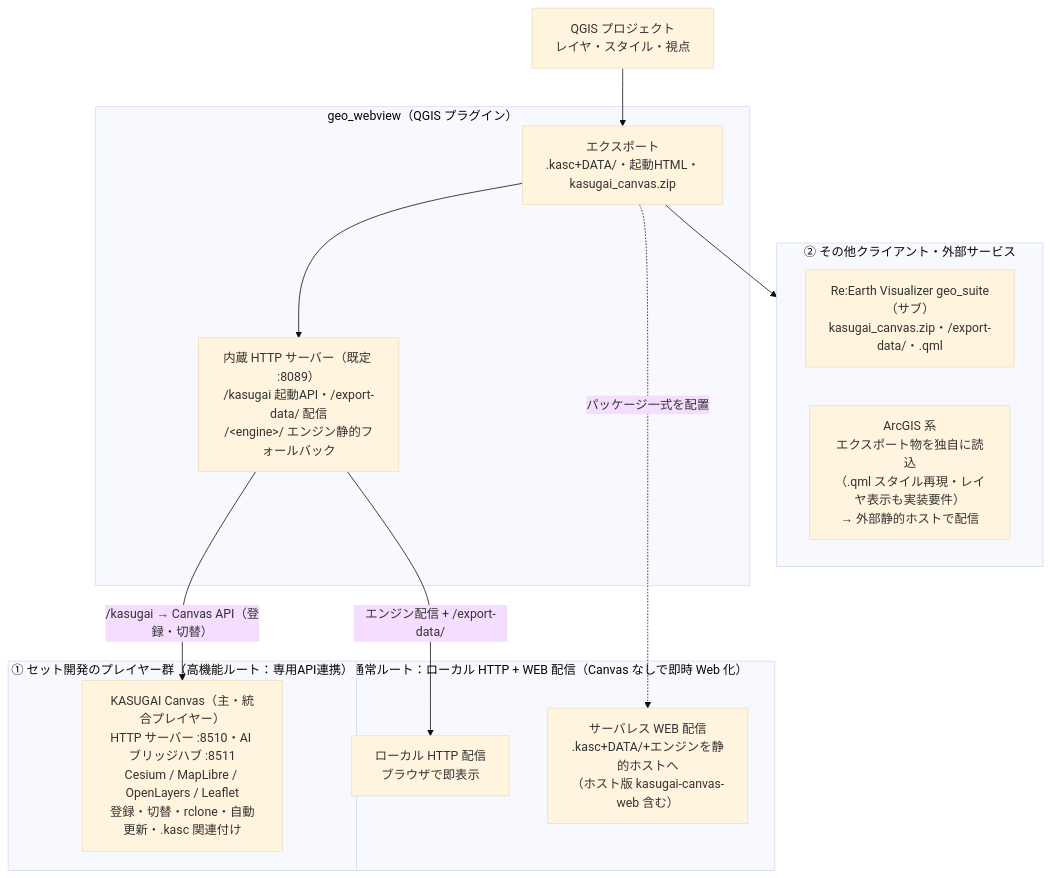
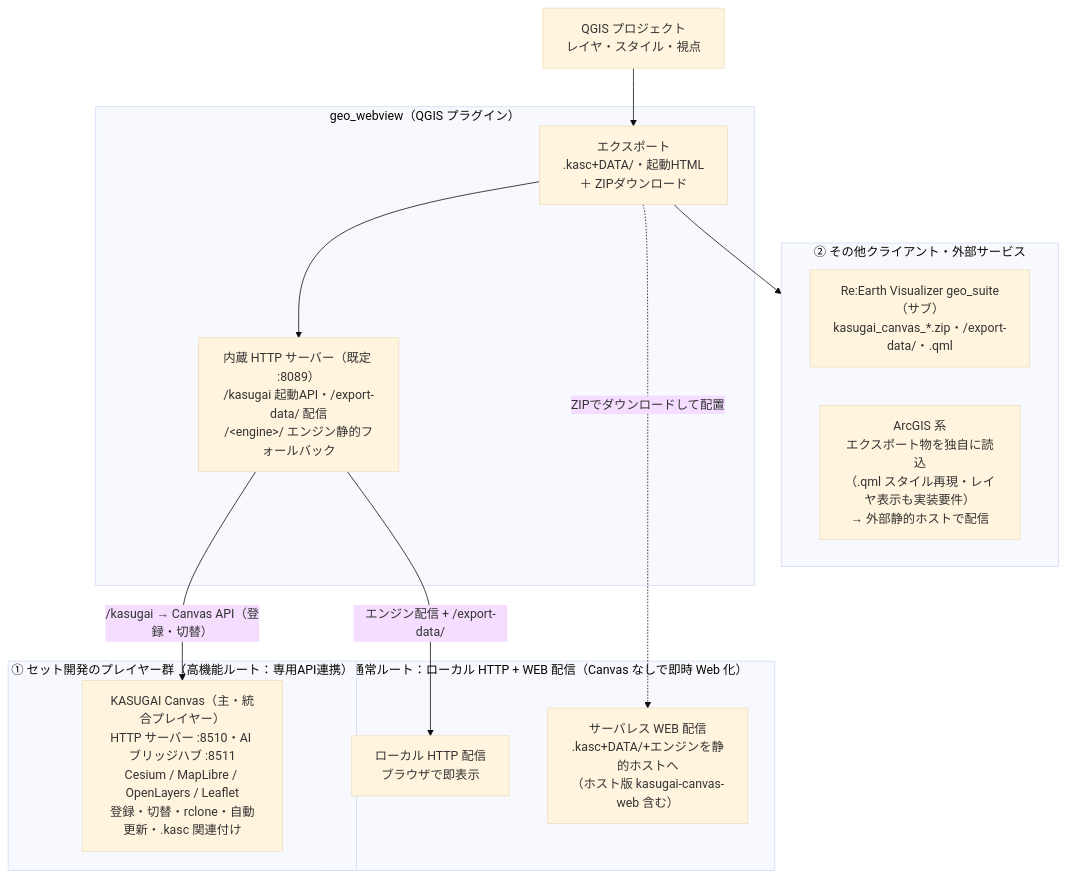
One commit to yamamoto-ryuzo/qgis_live_harness changed the diagram in qgis-plugin/geo_webview/INTEGRATION_JP.md. Above: the diagram before and after it, drawn with Mermaid (base theme). The commit also changed other lines of this file and 42 other files, not shown here.

````diff
--- a/qgis-plugin/geo_webview/INTEGRATION_JP.md
+++ b/qgis-plugin/geo_webview/INTEGRATION_JP.md
@@ -9,30 +9,30 @@
 ```mermaid
 flowchart TB
     QGIS["QGIS プロジェクト<br>レイヤ・スタイル・視点"]
 
     subgraph GWBOX["geo_webview（QGIS プラグイン）"]
-        GW["エクスポート<br>.kasc+DATA/・起動HTML・kasugai_canvas.zip"]
+        GW["エクスポート<br>.kasc+DATA/・起動HTML<br>＋ ZIPダウンロード"]
         SRV["内蔵 HTTP サーバー（既定 :8089）<br>/kasugai 起動API・/export-data/ 配信<br>/&lt;engine&gt;/ エンジン静的フォールバック"]
     end
 
     subgraph G1["① セット開発のプレイヤー群（高機能ルート：専用API連携）"]
         KC["KASUGAI Canvas（主・統合プレイヤー）<br>HTTP サーバー :8510・AI ブリッジハブ :8511<br>Cesium / MapLibre / OpenLayers / Leaflet<br>登録・切替・rclone・自動更新・.kasc 関連付け"]
     end
 
     subgraph NORM["通常ルート：ローカル HTTP + WEB 配信（Canvas なしで即時 Web 化）"]
         BR["ローカル HTTP 配信<br>ブラウザで即表示"]
         HOST["サーバレス WEB 配信<br>.kasc+DATA/+エンジンを静的ホストへ<br>（ホスト版 kasugai-canvas-web 含む）"]
     end
 
     subgraph G2["② その他クライアント・外部サービス"]
-        RE["Re:Earth Visualizer geo_suite（サブ）<br>kasugai_canvas.zip・/export-data/・.qml"]
+        RE["Re:Earth Visualizer geo_suite（サブ）<br>kasugai_canvas_*.zip・/export-data/・.qml"]
         AG["ArcGIS 系<br>エクスポート物を独自に読込<br>（.qml スタイル再現・レイヤ表示も実装要件）<br>→ 外部静的ホストで配信"]
     end
 
     QGIS --> GW
     GW --> SRV
     SRV -->|"/kasugai → Canvas API（登録・切替）"| KC
     SRV -->|"エンジン配信 + /export-data/"| BR
-    GW -.->|"パッケージ一式を配置"| HOST
+    GW -.->|"ZIPでダウンロードして配置"| HOST
     GW --> G2
 ```
````
